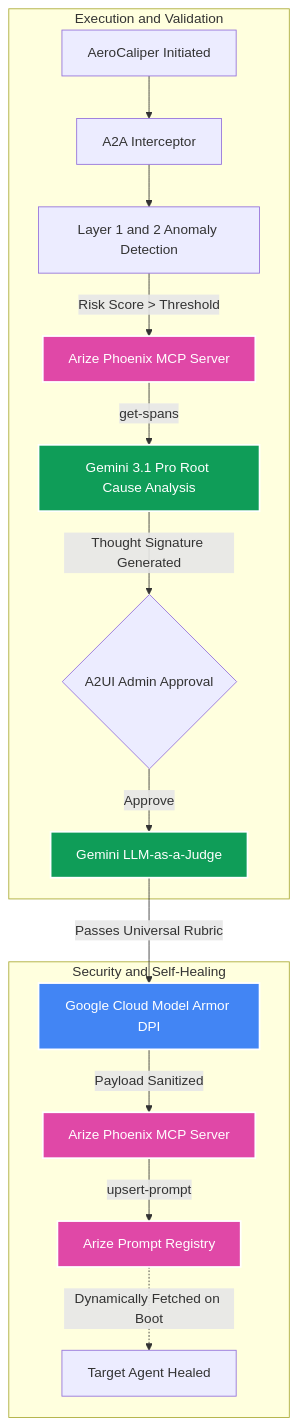
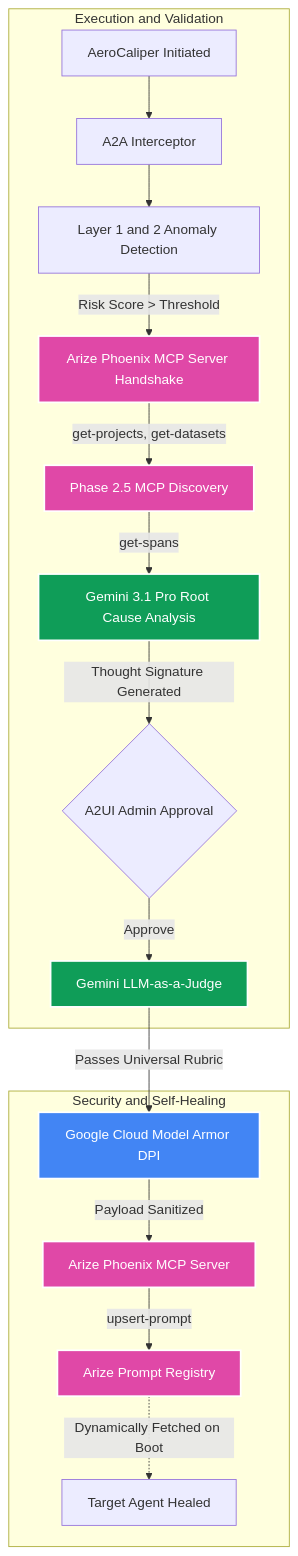
One commit to vjb/AeroCaliper changed the diagram in docs/agent_architecture.md. Above: the diagram before and after it, drawn with Mermaid. The commit also changed other lines of this file and 4 other files, not shown here.

Commit message:
Docs: Update architecture files with Phase 2.5, dynamic RAG governance, and UI details

````diff
--- a/docs/agent_architecture.md
+++ b/docs/agent_architecture.md
@@ -7,29 +7,31 @@
 ```mermaid
 flowchart TD
     subgraph Execution and Validation
         A[AeroCaliper Initiated] --> B[A2A Interceptor]
         B --> C[Layer 1 and 2 Anomaly Detection]
-        C -->|Risk Score > Threshold| D[Arize Phoenix MCP Server]
-        D -- "get-spans" --> E[Gemini 3.1 Pro Root Cause Analysis]
+        C -->|Risk Score > Threshold| D[Arize Phoenix MCP Server Handshake]
+        D -- "get-projects, get-datasets" --> D2[Phase 2.5 MCP Discovery]
+        D2 -- "get-spans" --> E[Gemini 3.1 Pro Root Cause Analysis]
         E -- "Thought Signature Generated" --> F{A2UI Admin Approval}
         F -- "Approve" --> G[Gemini LLM-as-a-Judge]
     end
 
     subgraph Security and Self-Healing
         G -- "Passes Universal Rubric" --> H[Google Cloud Model Armor DPI]
         H -- "Payload Sanitized" --> I[Arize Phoenix MCP Server]
         I -- "upsert-prompt" --> J[Arize Prompt Registry]
         J -.->|Dynamically Fetched on Boot| K[Target Agent Healed]
     end
 
     classDef gcp fill:#4285F4,stroke:#fff,stroke-width:2px,color:#fff;
     classDef arize fill:#E048A7,stroke:#fff,stroke-width:2px,color:#fff;
     classDef llm fill:#0F9D58,stroke:#fff,stroke-width:2px,color:#fff;
     
     H:::gcp
     D:::arize
+    D2:::arize
     I:::arize
     J:::arize
     E:::llm
     G:::llm
 ```
````
